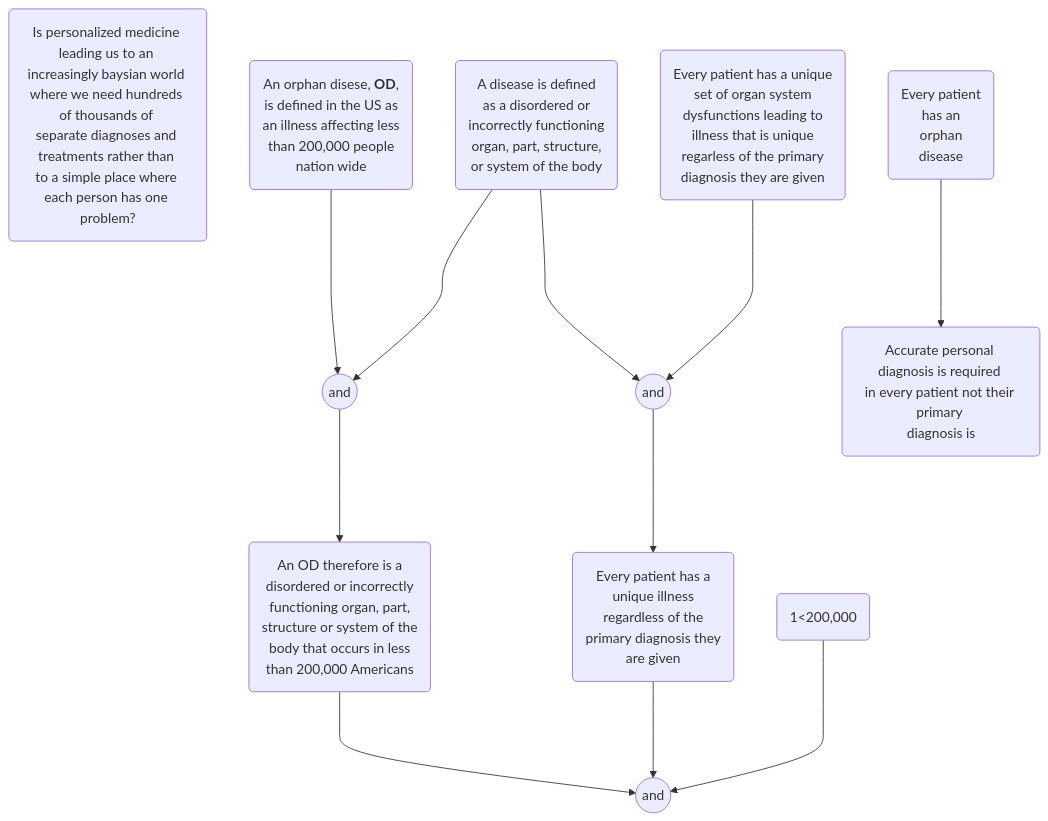
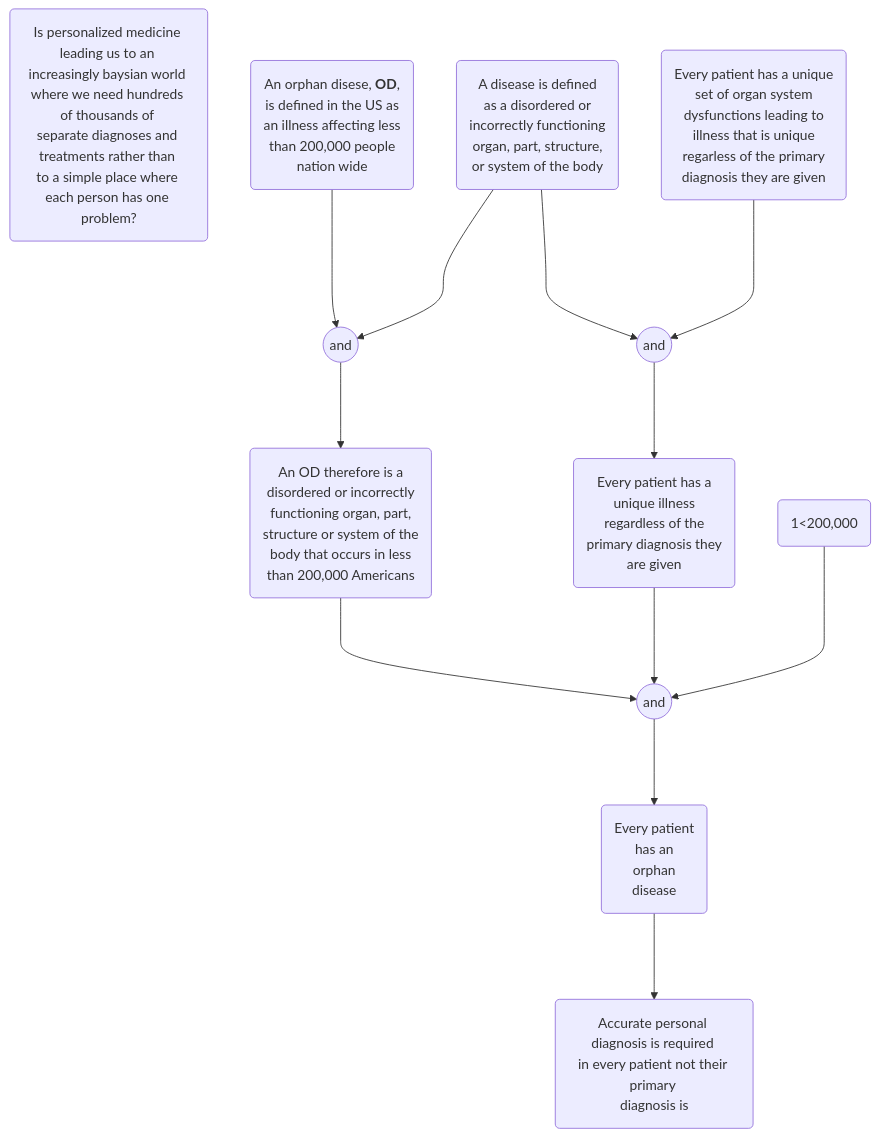
Before and after one commit to hwetsman/TOC_Trees: the diagram in Orphan_Diseases.md, drawn with Mermaid.

Commit message:
Refactor: fix link to accurate

````diff
--- a/Orphan_Diseases.md
+++ b/Orphan_Diseases.md
@@ -3,31 +3,32 @@
 ```mermaid
 flowchart TD
 proposition(Is personalized medicine <br>leading us to an <br>increasingly baysian world <br>where we need hundreds <br>of thousands of <br>separate diagnoses and <br>treatments rather than <br>to a simple place where <br>each person has one problem?)
 
 orphan(An orphan disese, <b>OD</b>, <br>is defined in the US as <br>an illness affecting less <br>than 200,000 people <br> nation wide)
 disease(A disease is defined <br>as a disordered or <br>incorrectly functioning <br>organ, part, structure, <br>or system of the body)
 and1((and))
     orphan--->and1
     disease--->and1
 every_pt(Every patient has a unique <br>set of organ system <br>dysfunctions leading to <br>illness that is unique <br>regarless of the primary <br>diagnosis they are given)
 and2((and))
     every_pt--->and2
     disease--->and2
 OD_def(An OD therefore is a <br>disordered or incorrectly <br> functioning organ, part, <br>structure or system of the <br>body that occurs in less <br>than 200,000 Americans)
     and1--->OD_def
 every_pt2(Every patient has a <br>unique illness <br>regardless of the <br> primary diagnosis they <br>are given)
     and2--->every_pt2
 logic(1<200,000)
 and3((and))
     OD_def--->and3
     every_pt2--->and3
     logic--->and3
 every_pt3(Every patient <br>has an <br>orphan <br>disease)
+    and3--->every_pt3
 accurate(Accurate personal <br>diagnosis is required <br>in every patient not <brmatter how common <br>their primary <br>diagnosis is)
     every_pt3--->accurate
 
 
 
 
 
 ```
````
